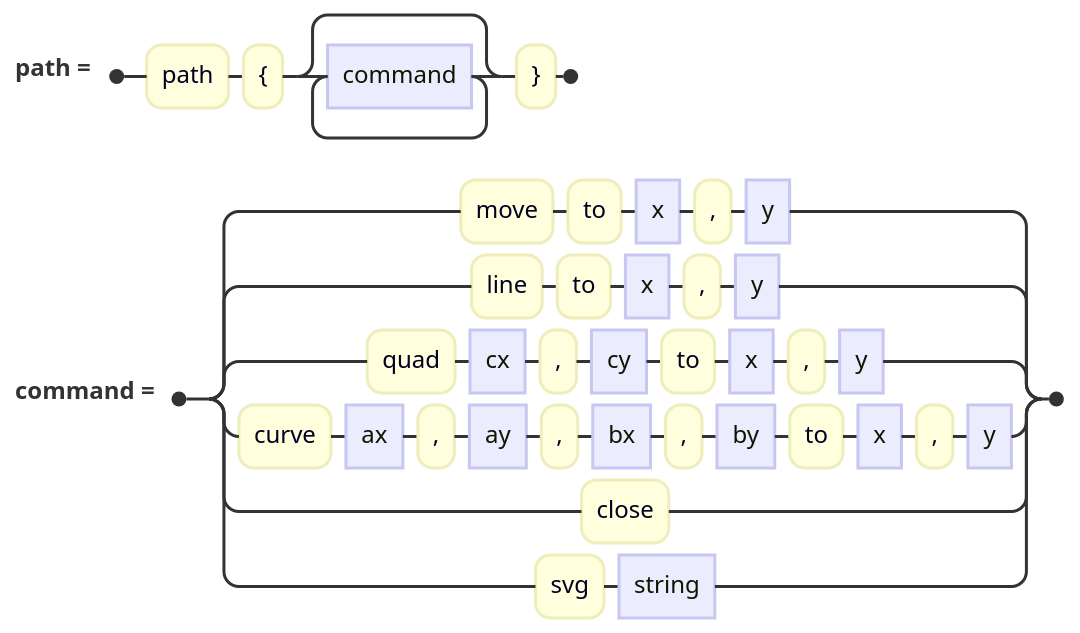
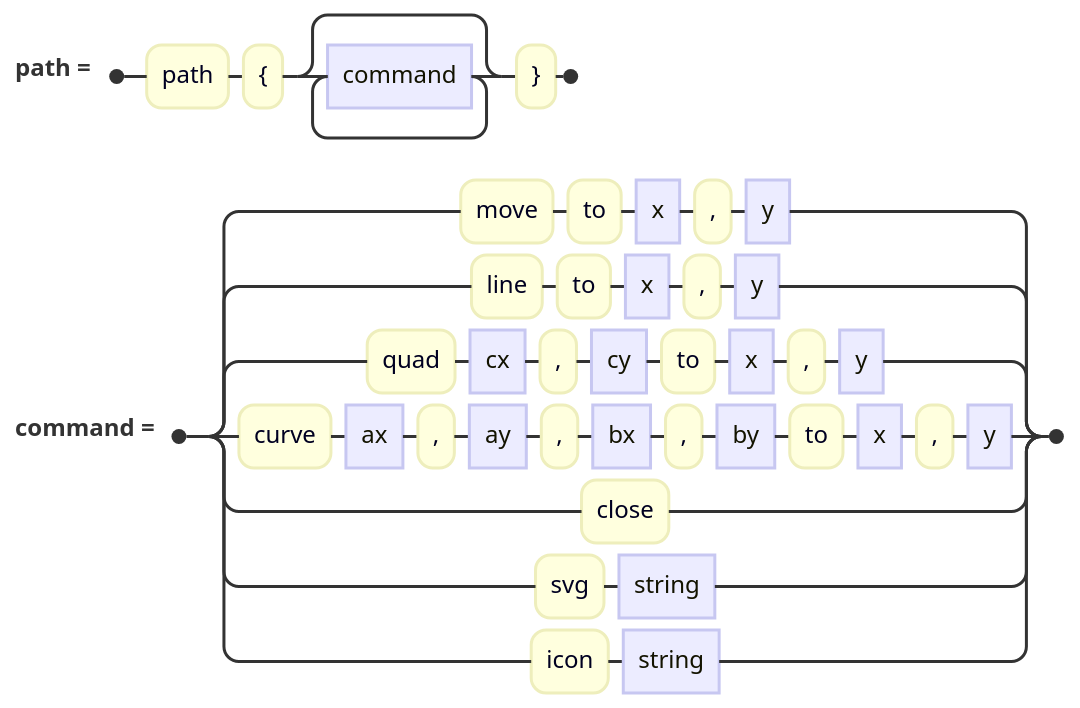
The diagram in docs/diagrams/advanced/pathClause.mmd (jskress/RayTracer), drawn with Mermaid before and after one commit. The commit also changed 16 other files, not shown here.

```diff
--- a/docs/diagrams/advanced/pathClause.mmd
+++ b/docs/diagrams/advanced/pathClause.mmd
@@ -1,9 +1,9 @@
 railroad-ebnf-beta
 title "A 2D path"
 
 path = "path" "{" { command } "}" ;
 
 command = "move" "to" x "," y | "line" "to" x "," y
         | "quad" cx "," cy "to" x "," y
         | "curve" ax "," ay "," bx "," by "to" x "," y
-        | "close" | "svg" string ;
+        | "close" | "svg" string | "icon" string ;
```
